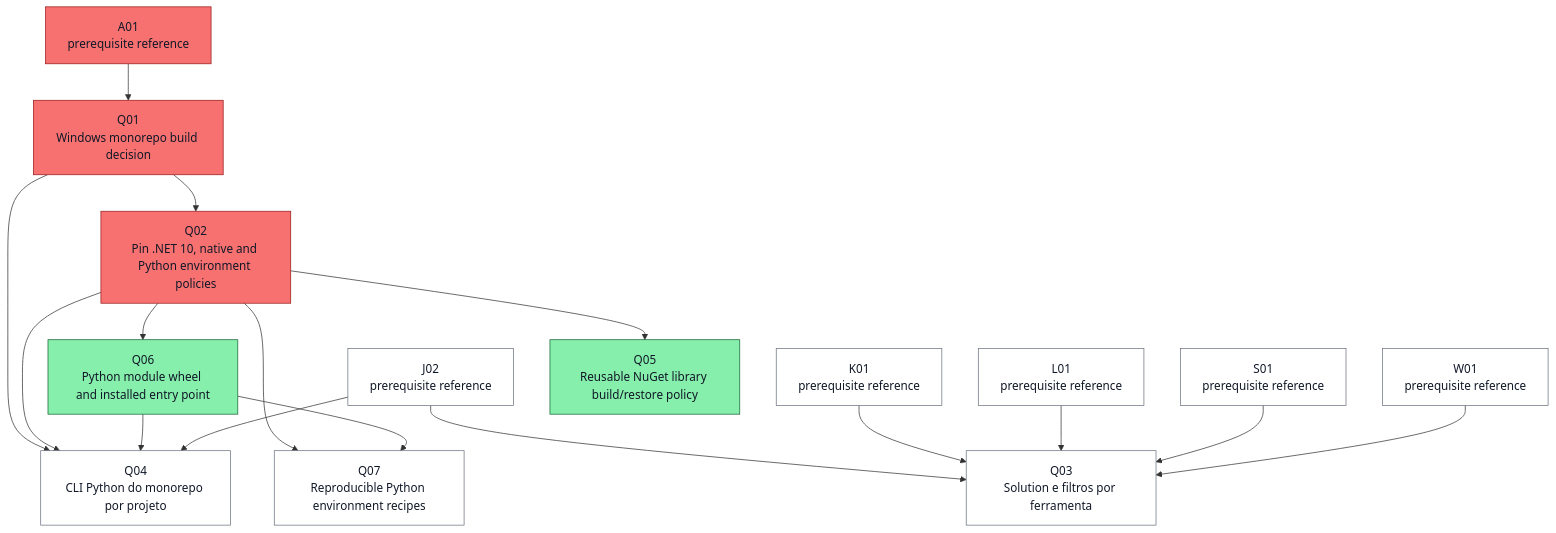
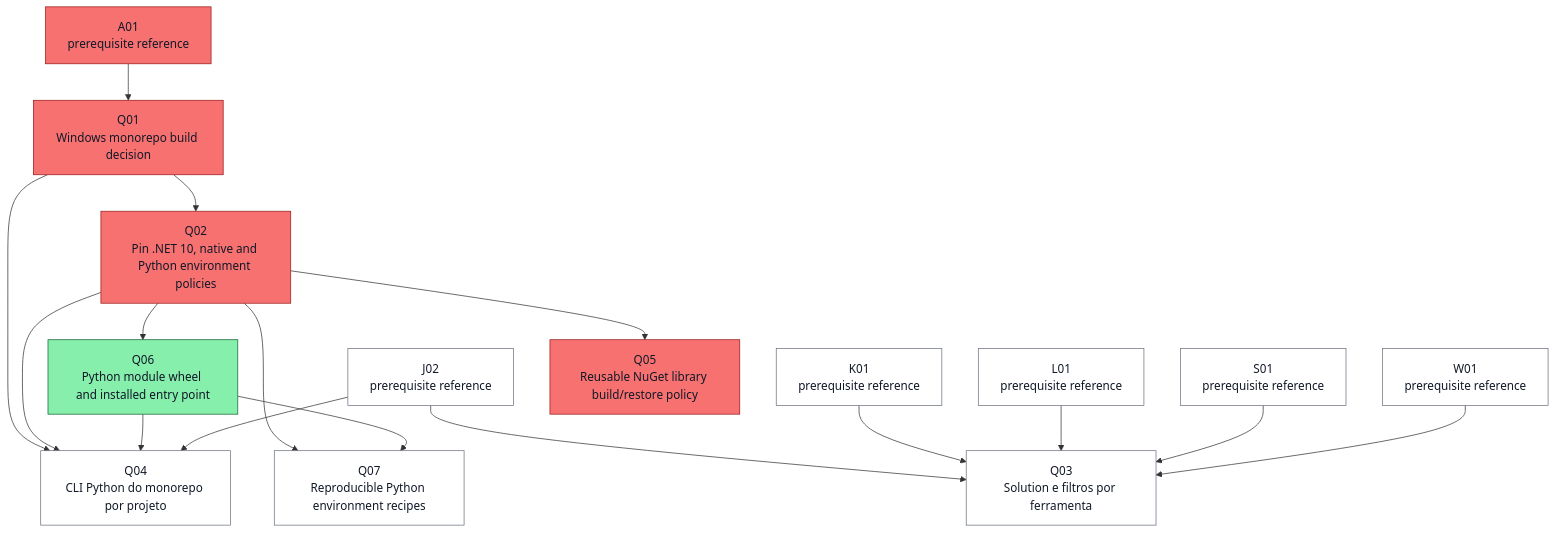
Diagram 18 of 25 in docs/task-dependencies.md (ocarizr/spaceraiders), drawn with Mermaid before and after one commit. The commit also changed other lines of this file and 9 other files, not shown here.

First line of the commit message:
build(Q05): add immutable library build and restore policy (nuget) (#18)

````diff
--- a/docs/task-dependencies.md
+++ b/docs/task-dependencies.md
@@ -877,34 +876,34 @@
 ```mermaid
 flowchart TD
     ref_Q_A01["A01<br/>prerequisite reference"]:::done
     ref_Q_J02["J02<br/>prerequisite reference"]:::pending
     ref_Q_K01["K01<br/>prerequisite reference"]:::pending
     ref_Q_L01["L01<br/>prerequisite reference"]:::pending
     ref_Q_S01["S01<br/>prerequisite reference"]:::pending
     ref_Q_W01["W01<br/>prerequisite reference"]:::pending
     Q01["Q01<br/>Windows monorepo build decision"]:::done
     Q02["Q02<br/>Pin .NET 10, native and Python environment policies"]:::done
     Q03["Q03<br/>Solution e filtros por ferramenta"]:::pending
     Q04["Q04<br/>CLI Python do monorepo por projeto"]:::pending
-    Q05["Q05<br/>Reusable NuGet library build/restore policy"]:::ready
+    Q05["Q05<br/>Reusable NuGet library build/restore policy"]:::done
     Q06["Q06<br/>Python module wheel and installed entry point"]:::ready
     Q07["Q07<br/>Reproducible Python environment recipes"]:::pending
     ref_Q_A01 --> Q01
     Q01 --> Q02
     ref_Q_J02 --> Q03
     ref_Q_K01 --> Q03
     ref_Q_L01 --> Q03
     ref_Q_S01 --> Q03
     ref_Q_W01 --> Q03
     Q01 --> Q04
     Q02 --> Q04
     Q06 --> Q04
     ref_Q_J02 --> Q04
     Q02 --> Q05
     Q02 --> Q06
     Q02 --> Q07
     Q06 --> Q07
     classDef pending fill:#ffffff,stroke:#6b7280,color:#111827
     classDef ready fill:#86efac,stroke:#166534,color:#111827
     classDef done fill:#f87171,stroke:#991b1b,color:#111827
 ```
````
